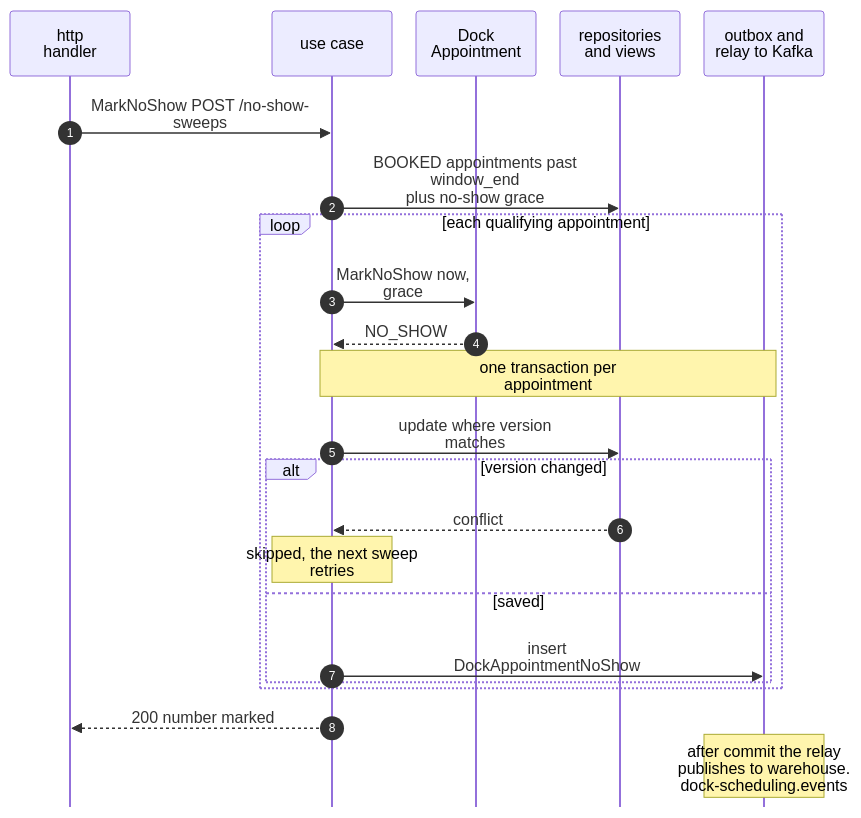
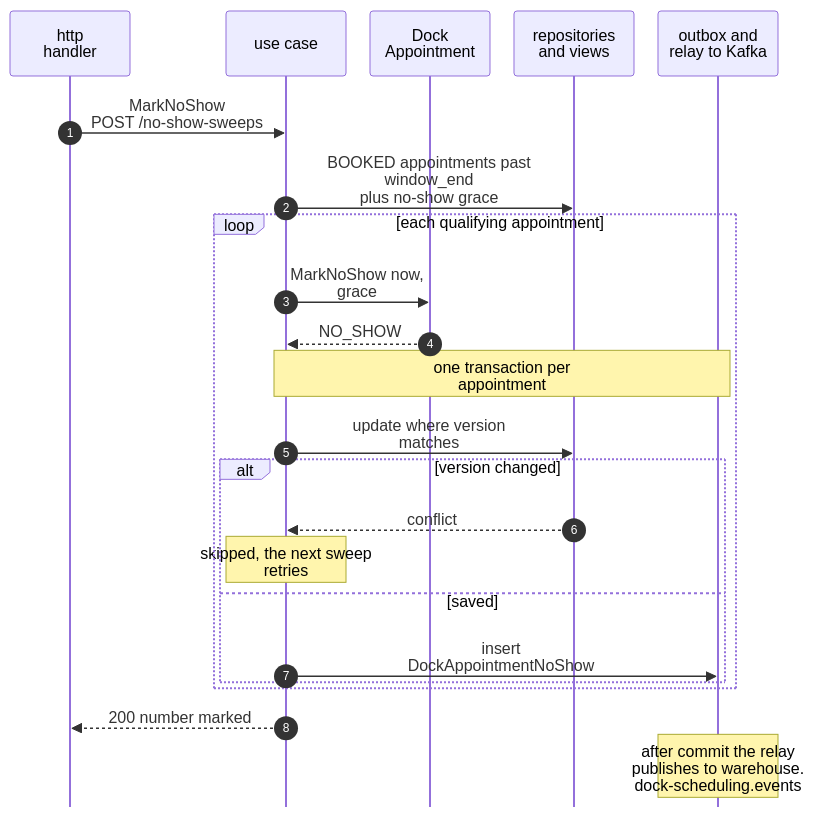
One commit to IQVO/warehouse-docs changed the eighth of 13 diagrams in yard/docs/contexts/dock-scheduling/sequence-diagrams.md. Above: the diagram before and after it, drawn with Mermaid. The commit also changed other lines of this file and 51 other files, not shown here.

````diff
--- a/yard/docs/contexts/dock-scheduling/sequence-diagrams.md
+++ b/yard/docs/contexts/dock-scheduling/sequence-diagrams.md
@@ -385,27 +385,27 @@
 ```mermaid
 %%{init: {"sequence": {"wrap": true, "width": 120, "actorMargin": 24, "messageMargin": 28, "boxMargin": 6, "noteMargin": 6, "mirrorActors": false}}}%%
 sequenceDiagram
     autonumber
     participant H as http<br/>handler
     participant U as use case
     participant A as Dock<br/>Appointment
     participant R as repositories<br/>and views
     participant O as outbox and<br/>relay to Kafka
-    H->>U: MarkNoShow POST /no-show-<br/>sweeps
+    H->>U: MarkNoShow<br/>POST /no-show-sweeps
     U->>R: BOOKED appointments past<br/>window_end<br/>plus no-show grace
     loop each qualifying appointment
         U->>A: MarkNoShow now, grace
         A-->>U: NO_SHOW
         Note over U,O: one transaction per<br/>appointment
         U->>R: update where version<br/>matches
         alt version changed
             R-->>U: conflict
             Note over U: skipped, the next sweep<br/>retries
         else saved
             U->>O: insert<br/>DockAppointmentNoShow
         end
     end
     U-->>H: 200 number marked
     Note over O: after commit the relay<br/>publishes to warehouse.<br/>dock-scheduling.events
 
 ```
````
